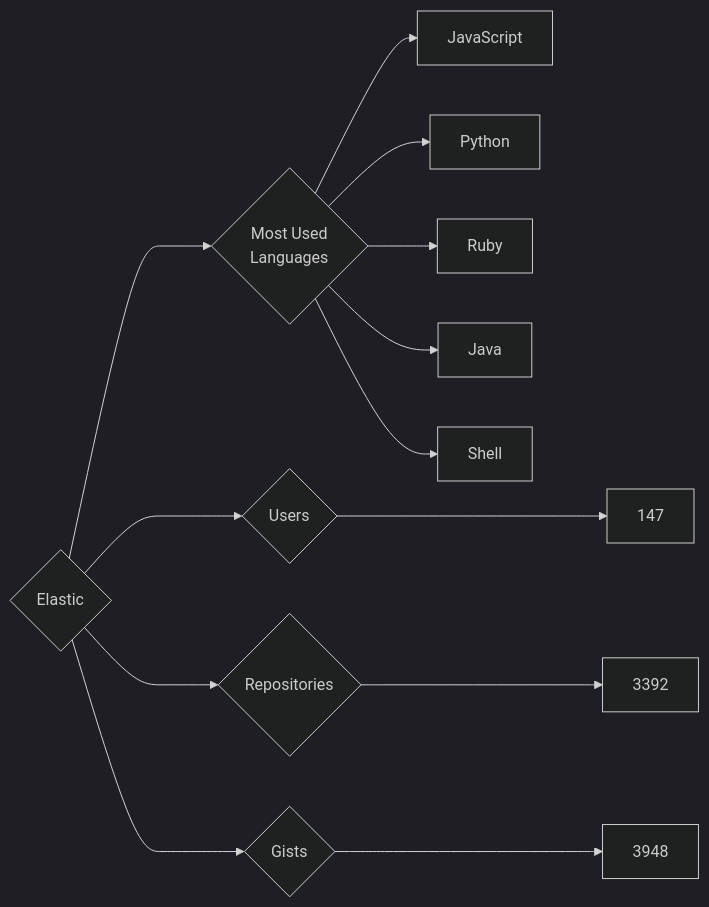
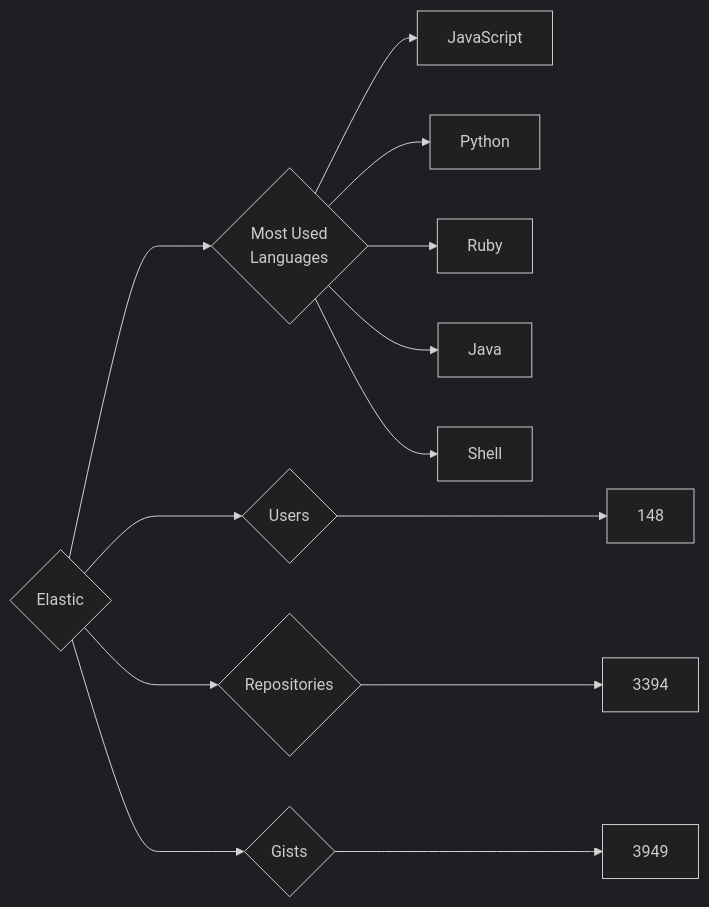
Before and after one commit to trickest/insiders: the diagram in targets/Elastic/README.md, drawn with Mermaid (dark theme). The commit also changed 681 other files, not shown here.

````diff
--- a/targets/Elastic/README.md
+++ b/targets/Elastic/README.md
@@ -3,13 +3,13 @@
 ```mermaid
 graph LR
 COMPANY_NAME{Elastic}
-COMPANY_NAME ---> U{Users} ---> UN[147]
-COMPANY_NAME ---> R{Repositories} ---> RN[3392]
-COMPANY_NAME ---> G{Gists} ---> GN[3948]
+COMPANY_NAME ---> U{Users} ---> UN[148]
+COMPANY_NAME ---> R{Repositories} ---> RN[3394]
+COMPANY_NAME ---> G{Gists} ---> GN[3949]
 COMPANY_NAME ---> ML{Most Used<br>Languages}
 ML --> JavaScript[JavaScript]
 ML --> Python[Python]
 ML --> Ruby[Ruby]
 ML --> Java[Java]
 ML --> Shell[Shell]
 ```
````
